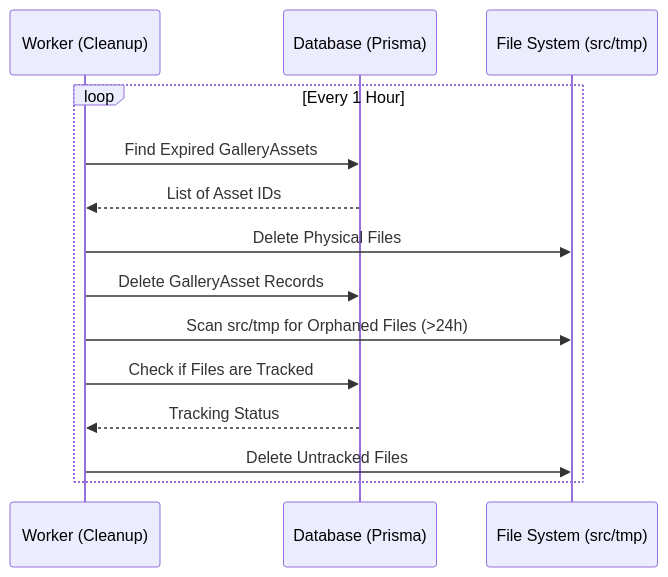
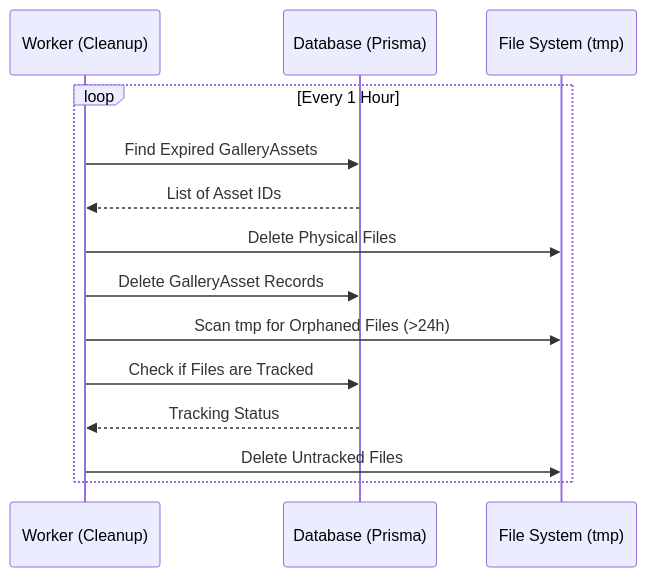
One commit to thoufeeque22/directly.social changed the fourth of 9 diagrams in docs/ARCHITECTURE.md. Above: the diagram before and after it, drawn with Mermaid. The commit also changed other lines of this file and 91 other files, not shown here.

````diff
--- a/docs/ARCHITECTURE.md
+++ b/docs/ARCHITECTURE.md
@@ -232,18 +232,18 @@
 ```mermaid
 sequenceDiagram
     participant W as Worker (Cleanup)
     participant DB as Database (Prisma)
-    participant FS as File System (src/tmp)
+    participant FS as File System (tmp)
 
     loop Every 1 Hour
         W->>DB: Find Expired GalleryAssets
         DB-->>W: List of Asset IDs
         W->>FS: Delete Physical Files
         W->>DB: Delete GalleryAsset Records
         
-        W->>FS: Scan src/tmp for Orphaned Files (>24h)
+        W->>FS: Scan tmp for Orphaned Files (>24h)
         W->>DB: Check if Files are Tracked
         DB-->>W: Tracking Status
         W->>FS: Delete Untracked Files
     end
 ```
````
